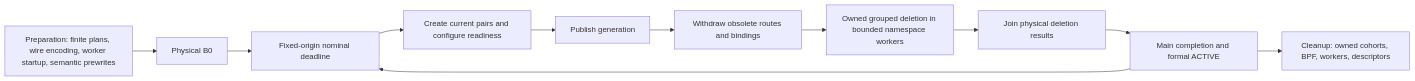
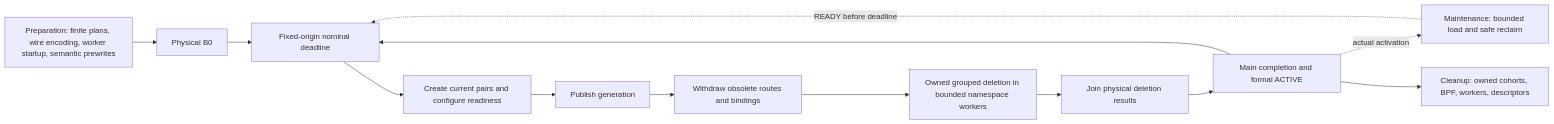
One commit to seed-labs/skyseed changed the diagram in skyseed_v2/src/skyseed_v2/backend/bpf/_runner/README.md. Above: the diagram before and after it, drawn with Mermaid. The commit also changed other lines of this file and 178 other files, not shown here.

````diff
--- a/skyseed_v2/src/skyseed_v2/backend/bpf/_runner/README.md
+++ b/skyseed_v2/src/skyseed_v2/backend/bpf/_runner/README.md
@@ -139,13 +156,15 @@
 ```mermaid
 flowchart LR
     P[Preparation: finite plans, wire encoding, worker startup, semantic prewrites] --> B0[Physical B0]
     B0 --> D[Fixed-origin nominal deadline]
     D --> N[Create current pairs and configure readiness]
     N --> G[Publish generation]
     G --> W[Withdraw obsolete routes and bindings]
     W --> R[Owned grouped deletion in bounded namespace workers]
     R --> J[Join physical deletion results]
     J --> A[Main completion and formal ACTIVE]
     A --> D
+    A -.actual activation.-> M[Maintenance: bounded load and safe reclaim]
+    M -.READY before deadline.-> D
     A --> C[Cleanup: owned cohorts, BPF, workers, descriptors]
 ```
````
